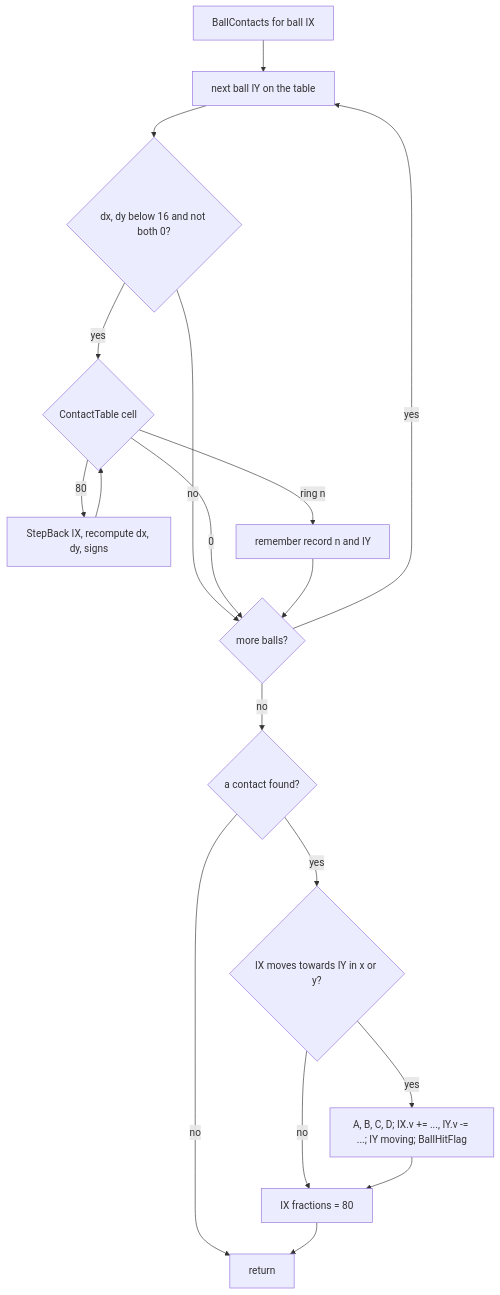
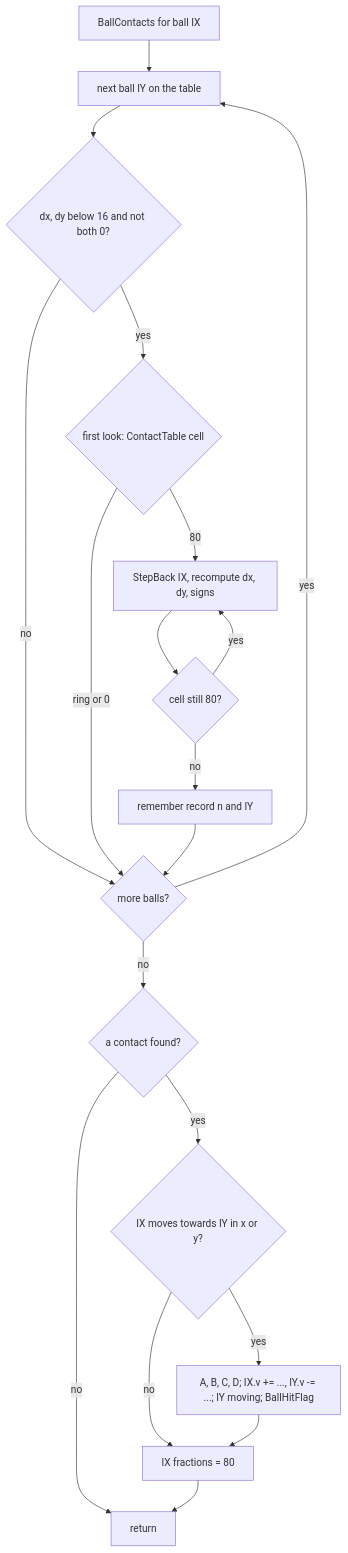
One commit to alfishe/unrealng-reverse-cases changed the sixth of 13 diagrams in games/video-pool/docs/10-gameplay-logic.md. Above: the diagram before and after it, drawn with Mermaid. The commit also changed other lines of this file and 51 other files, not shown here.

````diff
--- a/games/video-pool/docs/10-gameplay-logic.md
+++ b/games/video-pool/docs/10-gameplay-logic.md
@@ -419,20 +481,21 @@
 ```mermaid
 flowchart TD
     A[BallContacts for ball IX] --> B[next ball IY on the table]
     B --> C{dx, dy below 16 and not both 0?}
     C -- no --> N
-    C -- yes --> D{ContactTable cell}
+    C -- yes --> D{first look: ContactTable cell}
     D -- 80 --> E[StepBack IX, recompute dx, dy, signs]
-    E --> D
-    D -- ring n --> F[remember record n and IY]
-    D -- 0 --> N
+    E --> D2{cell still 80?}
+    D2 -- yes --> E
+    D2 -- no --> F[remember record n and IY]
+    D -- ring or 0 --> N
     F --> N{more balls?}
     N -- yes --> B
     N -- no --> G{a contact found?}
     G -- no --> Z[return]
     G -- yes --> H{IX moves towards IY in x or y?}
     H -- no --> K
     H -- yes --> I[A, B, C, D; IX.v += ..., IY.v -= ...; IY moving; BallHitFlag]
     I --> K[IX fractions = 80]
     K --> Z
 ```
````
